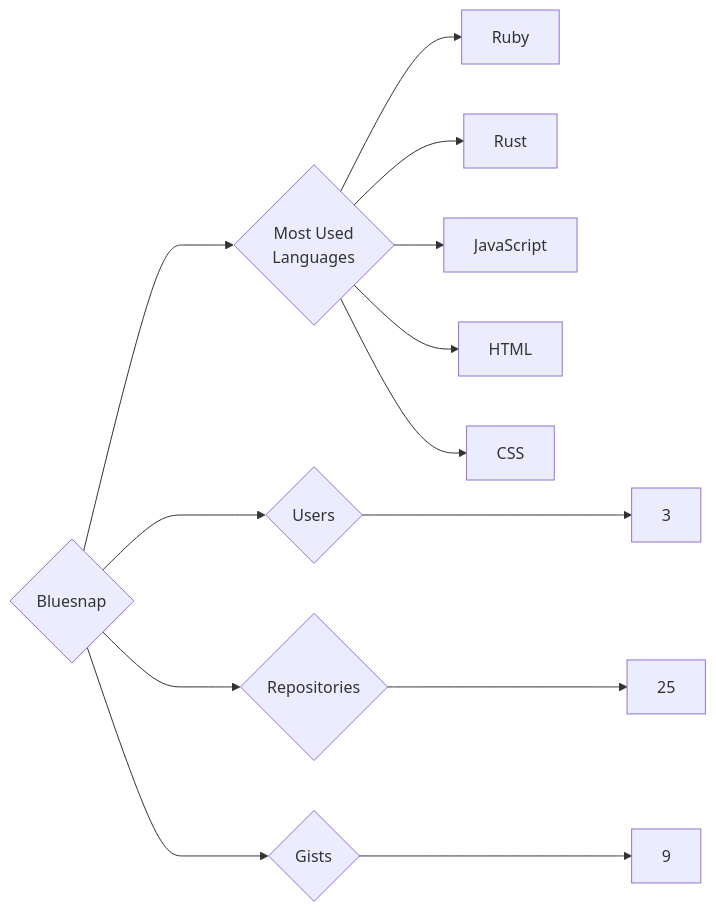
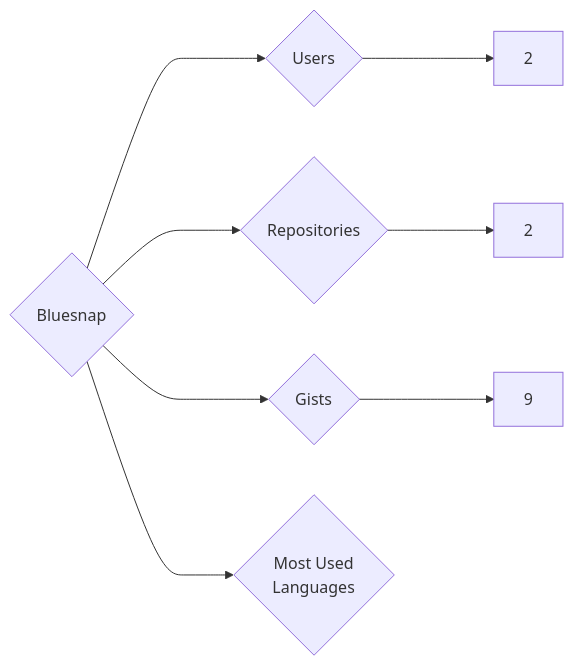
One commit to trickest/insiders changed the diagram in targets/Bluesnap/README.md. Above: the diagram before and after it, drawn with Mermaid. The commit also changed 1238 other files, not shown here.

````diff
--- a/targets/Bluesnap/README.md
+++ b/targets/Bluesnap/README.md
@@ -3,13 +3,8 @@
 ```mermaid
 graph LR
 COMPANY_NAME{Bluesnap}
-COMPANY_NAME ---> U{Users} ---> UN[3]
-COMPANY_NAME ---> R{Repositories} ---> RN[25]
+COMPANY_NAME ---> U{Users} ---> UN[2]
+COMPANY_NAME ---> R{Repositories} ---> RN[2]
 COMPANY_NAME ---> G{Gists} ---> GN[9]
 COMPANY_NAME ---> ML{Most Used<br>Languages}
-ML --> Ruby[Ruby]
-ML --> Rust[Rust]
-ML --> JavaScript[JavaScript]
-ML --> HTML[HTML]
-ML --> CSS[CSS]
 ```
````
